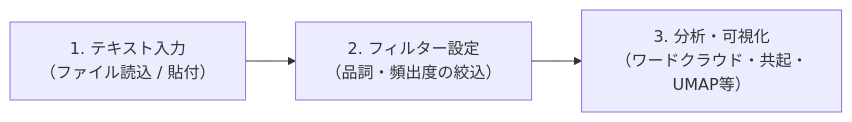
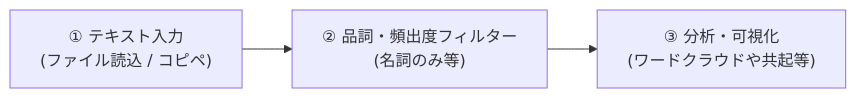
The diagram in README.md (satoshi-ohwada/text-analysis-test), drawn with Mermaid before and after one commit. The commit also changed other lines of this file and 20 other files, not shown here.

````diff
--- a/README.md
+++ b/README.md
@@ -53,5 +52,5 @@
 ```mermaid
-graph LR
-    step1["1. テキスト入力<br/>（ファイル読込 / 貼付）"] --> step2["2. フィルター設定<br/>（品詞・頻出度の絞込）"]
-    step2 --> step3["3. 分析・可視化<br/>（ワードクラウド・共起・UMAP等）"]
+flowchart LR
+    A["① テキスト入力<br>(ファイル読込 / コピペ)"] --> B["② 品詞・頻出度フィルター<br>(名詞のみ等)"]
+    B --> C["③ 分析・可視化<br>(ワードクラウドや共起等)"]
 ```
````
